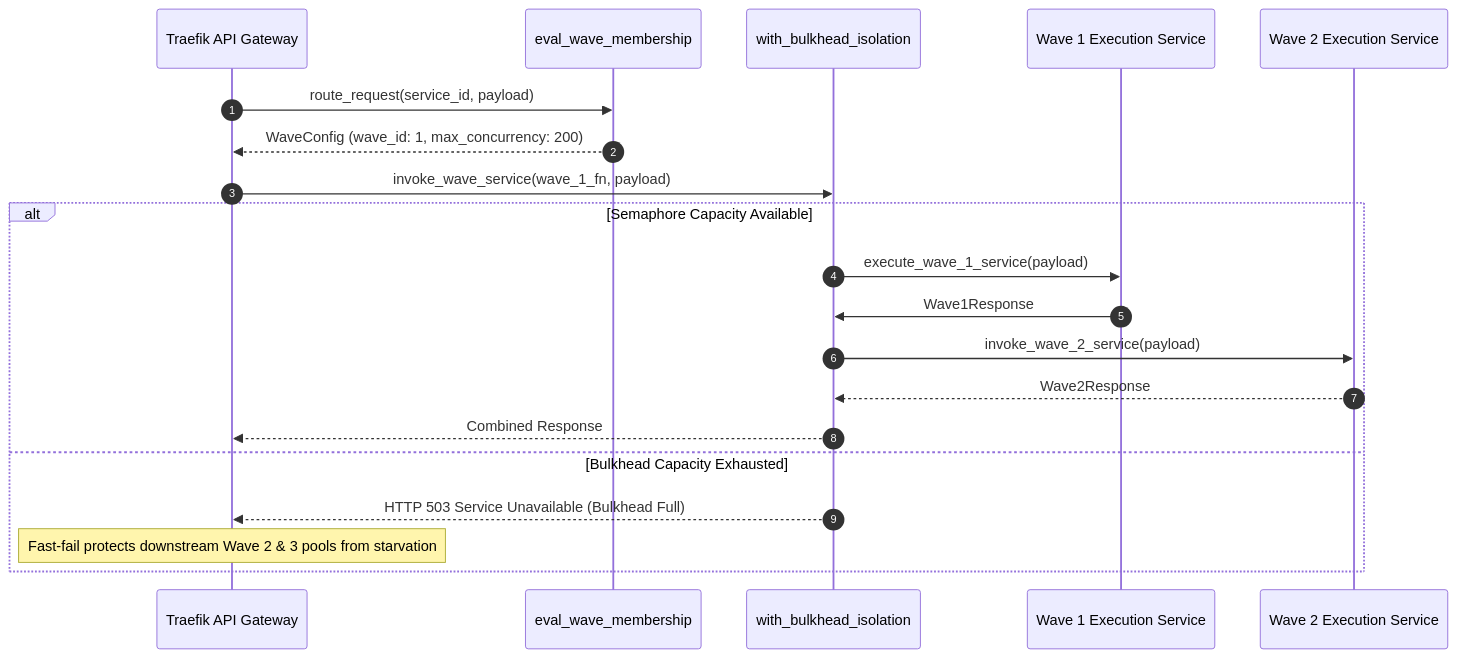
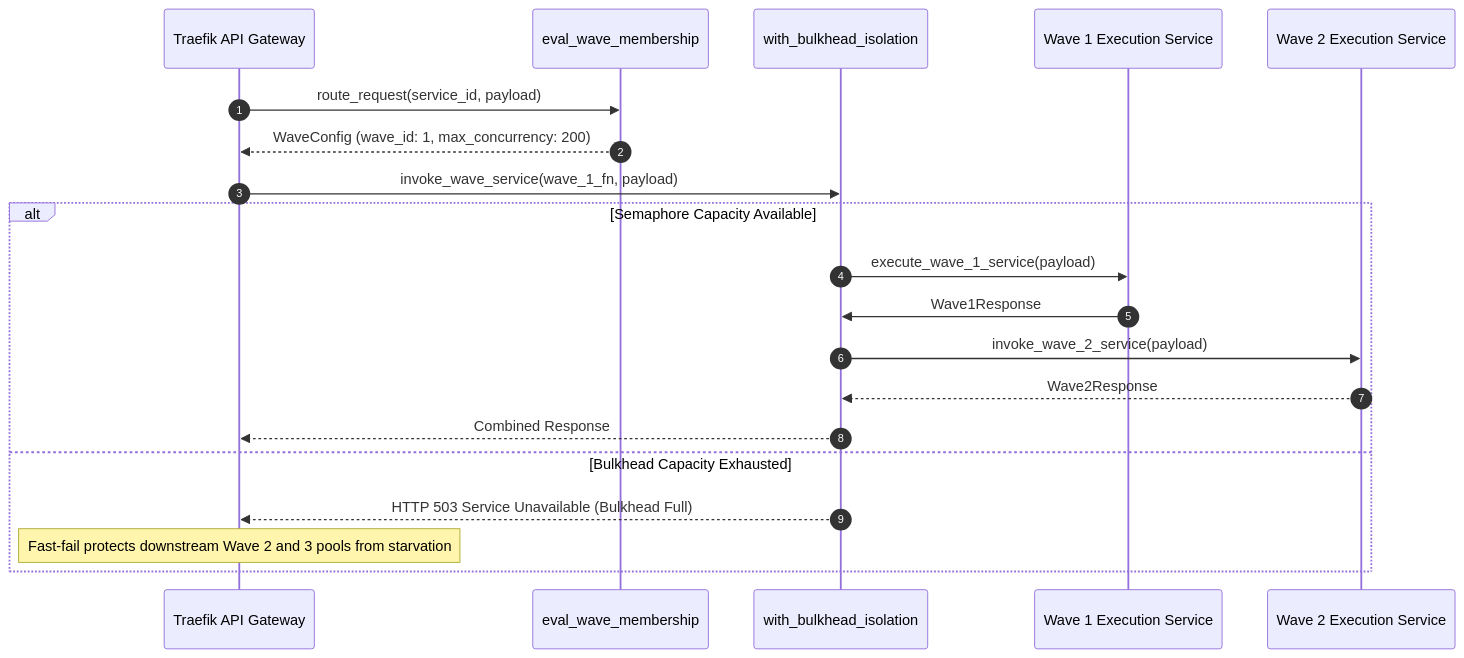
Before and after one commit to Chief-Strategist-J/llm-observability-platform: the second of 2 diagrams in notebooks/runbooks/refs/bulkhead-isolated-waves.md, drawn with Mermaid. The commit also changed 6 other files, not shown here.

Commit message:
fix(docs): resolve Mermaid sequence diagram parse errors in runbook notes

````diff
--- a/notebooks/runbooks/refs/bulkhead-isolated-waves.md
+++ b/notebooks/runbooks/refs/bulkhead-isolated-waves.md
@@ -69,26 +69,26 @@
 ```mermaid
 sequenceDiagram
     autonumber
     participant Gateway as Traefik API Gateway
     participant Evaluator as eval_wave_membership
     participant Bulkhead as with_bulkhead_isolation
     participant Wave1 as Wave 1 Execution Service
     participant Wave2 as Wave 2 Execution Service
 
     Gateway->>Evaluator: route_request(service_id, payload)
     Evaluator-->>Gateway: WaveConfig (wave_id: 1, max_concurrency: 200)
 
     Gateway->>Bulkhead: invoke_wave_service(wave_1_fn, payload)
     
     alt Semaphore Capacity Available
         Bulkhead->>Wave1: execute_wave_1_service(payload)
         Wave1->>Bulkhead: Wave1Response
         
         Bulkhead->>Wave2: invoke_wave_2_service(payload)
         Wave2-->>Bulkhead: Wave2Response
         Bulkhead-->>Gateway: Combined Response
     else Bulkhead Capacity Exhausted
         Bulkhead-->>Gateway: HTTP 503 Service Unavailable (Bulkhead Full)
-        Note over Gateway: Fast-fail protects downstream Wave 2 & 3 pools from starvation
+        Note over Gateway: Fast-fail protects downstream Wave 2 and 3 pools from starvation
     end
 ```
````
